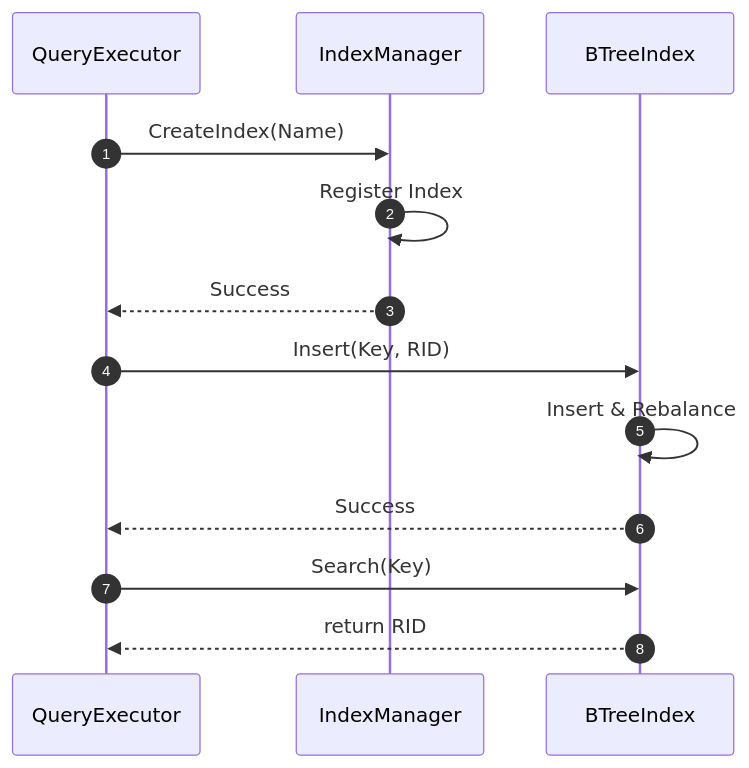
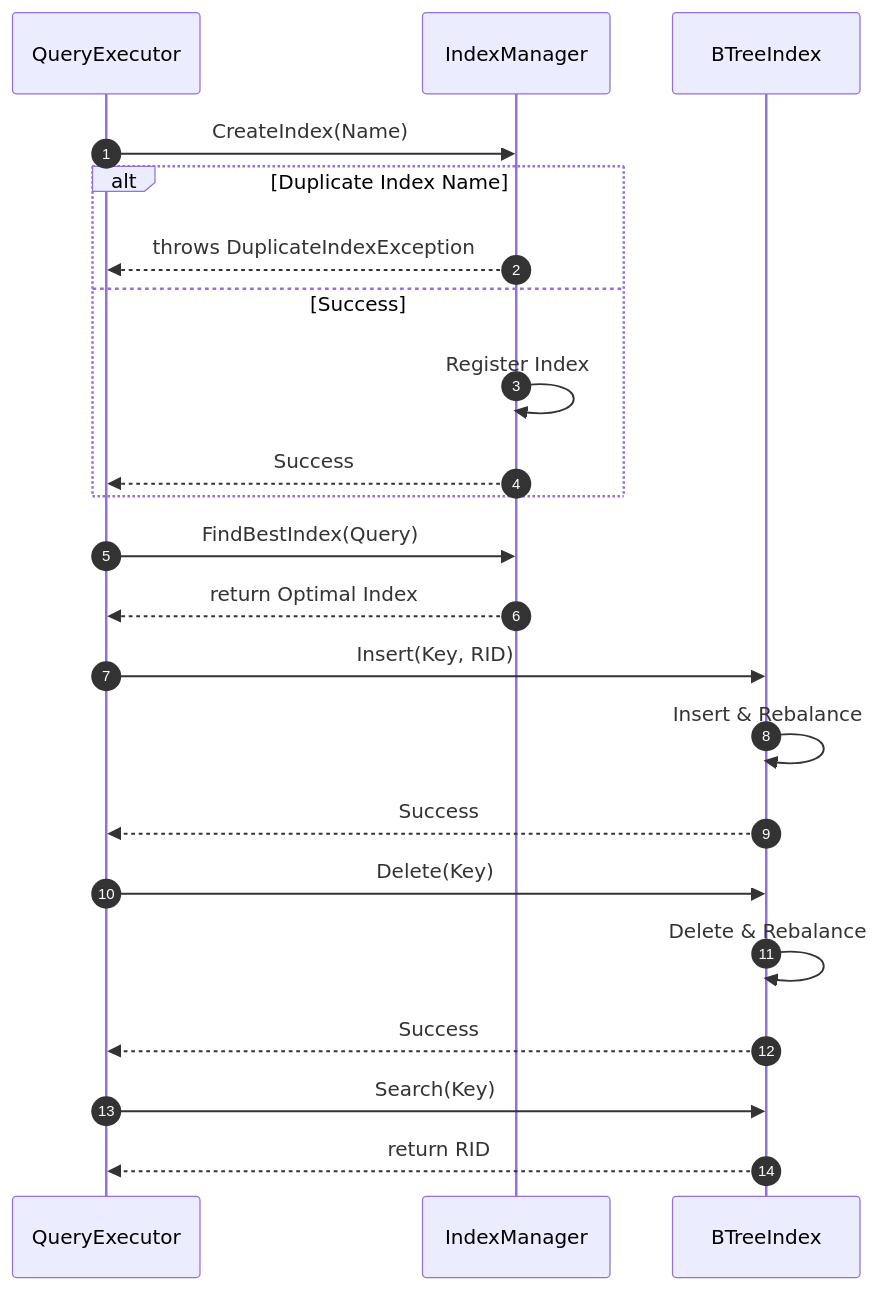
Before and after one commit to Hagiakhanh/bbv-dbms: diagram 18 of 51 in docs/sequence-diagrams/README.md, drawn with Mermaid. The commit also changed other lines of this file and 4 other files, not shown here.

````diff
--- a/docs/sequence-diagrams/README.md
+++ b/docs/sequence-diagrams/README.md
@@ -377,18 +644,32 @@
 ```mermaid
 sequenceDiagram
     autonumber
     participant Engine as QueryExecutor
     participant IdxMgr as IndexManager
     participant BTree as BTreeIndex
     
+    %% Create Index
     Engine->>IdxMgr: CreateIndex(Name)
-    IdxMgr->>IdxMgr: Register Index
-    IdxMgr-->>Engine: Success
+    alt Duplicate Index Name
+        IdxMgr-->>Engine: throws DuplicateIndexException
+    else Success
+        IdxMgr->>IdxMgr: Register Index
+        IdxMgr-->>Engine: Success
+    end
     
+    %% Find Best Index
+    Engine->>IdxMgr: FindBestIndex(Query)
+    IdxMgr-->>Engine: return Optimal Index
+    
+    %% Insert/Delete/Search Key
     Engine->>BTree: Insert(Key, RID)
     BTree->>BTree: Insert & Rebalance
+    BTree-->>Engine: Success
+    
+    Engine->>BTree: Delete(Key)
+    BTree->>BTree: Delete & Rebalance
     BTree-->>Engine: Success
     
     Engine->>BTree: Search(Key)
     BTree-->>Engine: return RID
 ```
````
